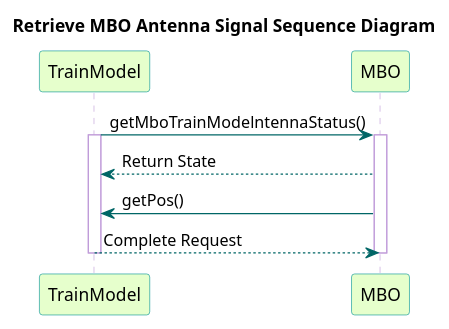
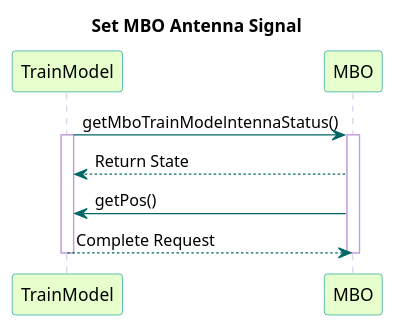
Before and after one commit to kevingilboy/COE1186: the diagram in TrainSystem/yUML/Sequence Diagrams/TrainModel/RetrieveMBOSeqDiagram.puml, drawn with PlantUML. The commit also changed 13 other files, not shown here.

First line of the commit message:
Even more UML Updates

```diff
--- a/TrainSystem/yUML/Sequence Diagrams/TrainModel/RetrieveMBOSeqDiagram.puml
+++ b/TrainSystem/yUML/Sequence Diagrams/TrainModel/RetrieveMBOSeqDiagram.puml
@@ -1,31 +1,31 @@
 @startuml
 
-title Retrieve MBO Antenna Signal Sequence Diagram
+title Set MBO Antenna Signal
 
 skinparam sequence {
   BackgroundColor transparent
   ParticipantBackgroundColor #e6ffcc
   ParticipantBorderColor 	#049595
   BoxBorderColor #049595
   PackageBorderCOlor  #049595
   ArrowColor #006666
   LifeLineBorderColor #c09cd9
 }
 
 participant TrainModel
 participant MBO
 
 
 TrainModel -> MBO : getMboTrainModelntennaStatus()
 activate TrainModel
 activate MBO
 
 MBO--> TrainModel : Return State
 
 MBO-> TrainModel : getPos()
 
 TrainModel --> MBO: Complete Request
 deactivate TrainModel
 deactivate MBO
 
 @enduml
```
